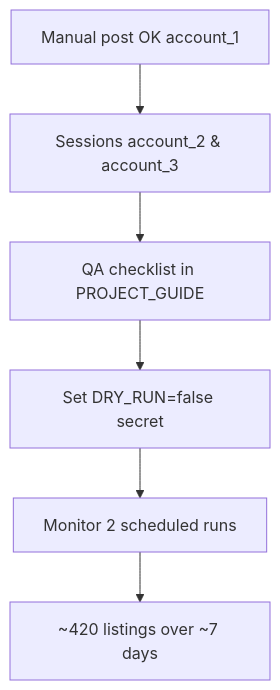
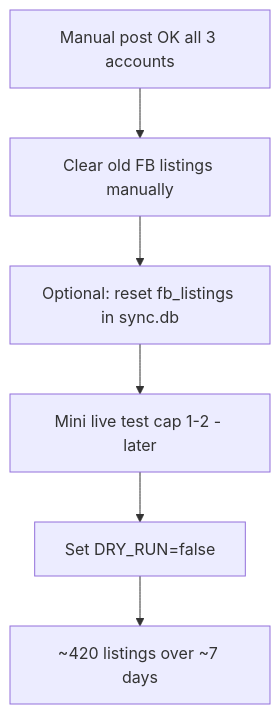
The third of 3 diagrams in SETUP.md (mg22mex/auto-upload), drawn with Mermaid before and after one commit. The commit also changed other lines of this file and 4 other files, not shown here.

````diff
--- a/SETUP.md
+++ b/SETUP.md
@@ -288,8 +301,8 @@
 ```mermaid
 flowchart TD
-    A[Manual post OK account_1] --> B[Sessions account_2 & account_3]
-    B --> C[QA checklist in PROJECT_GUIDE]
-    C --> D[Set DRY_RUN=false secret]
-    D --> E[Monitor 2 scheduled runs]
+    A[Manual post OK all 3 accounts] --> B[Clear old FB listings manually]
+    B --> C[Optional: reset fb_listings in sync.db]
+    C --> D[Mini live test cap 1-2 - later]
+    D --> E[Set DRY_RUN=false]
     E --> F[~420 listings over ~7 days]
 ```
````
